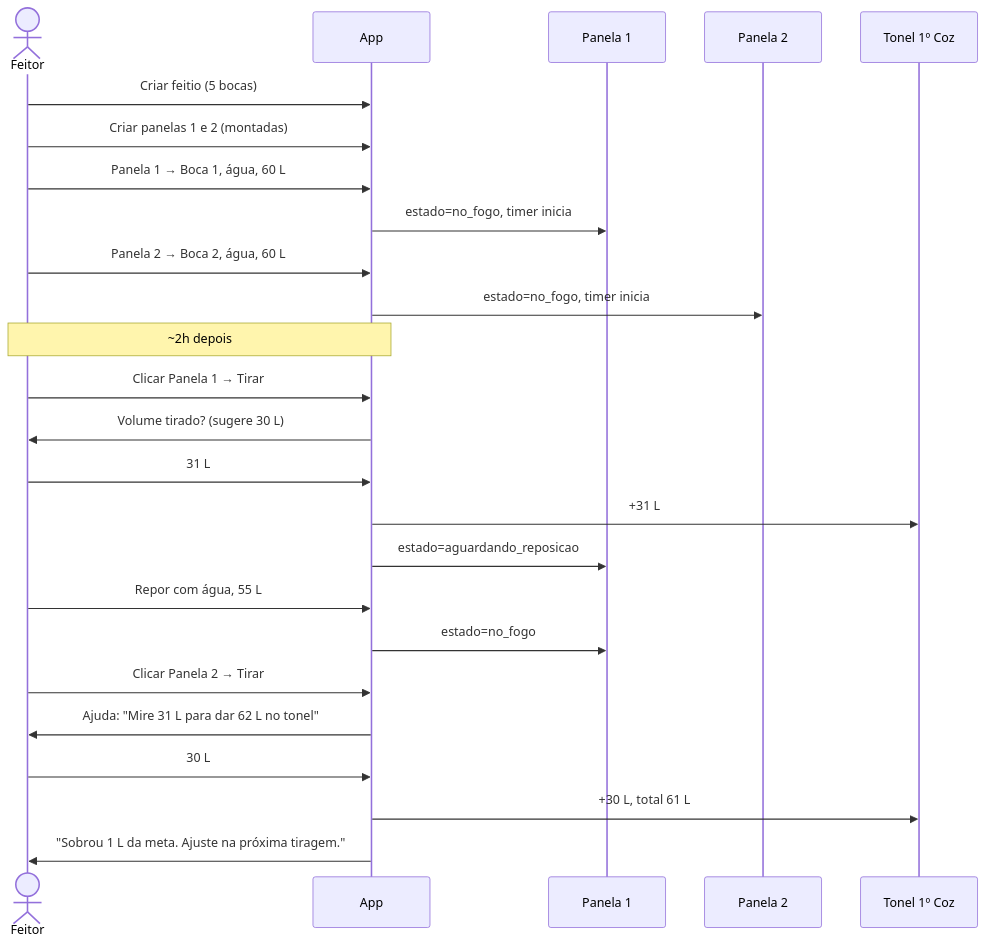
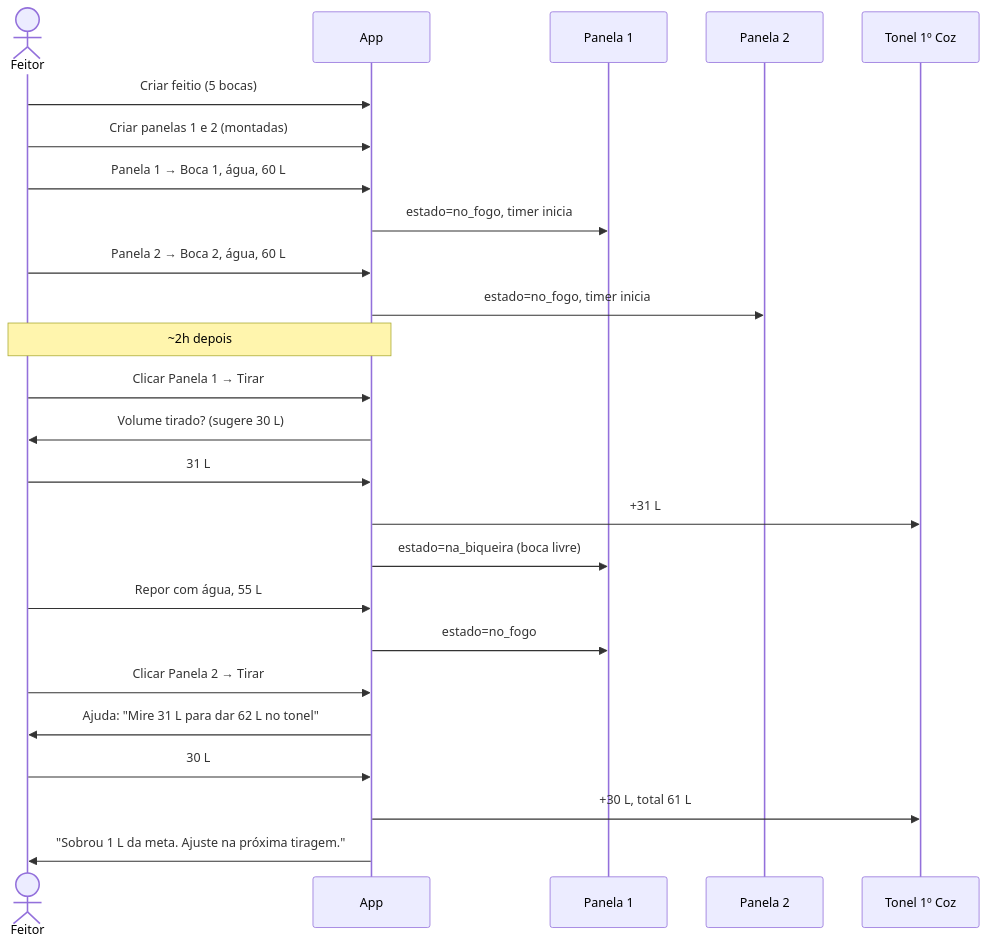
One commit to nitaibezerra/gestao-feitio changed the fourth of 6 diagrams in projeto/requisitos.md. Above: the diagram before and after it, drawn with Mermaid. The commit also changed other lines of this file and 3 other files, not shown here.

First line of the commit message:
docs: Fase 8 — biqueira e máquina de estado

````diff
--- a/projeto/requisitos.md
+++ b/projeto/requisitos.md
@@ -665,31 +668,31 @@
 ```mermaid
 sequenceDiagram
     actor F as Feitor
     participant App
     participant P1 as Panela 1
     participant P2 as Panela 2
     participant T1 as Tonel 1º Coz
 
     F->>App: Criar feitio (5 bocas)
     F->>App: Criar panelas 1 e 2 (montadas)
     F->>App: Panela 1 → Boca 1, água, 60 L
     App->>P1: estado=no_fogo, timer inicia
     F->>App: Panela 2 → Boca 2, água, 60 L
     App->>P2: estado=no_fogo, timer inicia
 
     Note over F,App: ~2h depois
 
     F->>App: Clicar Panela 1 → Tirar
     App->>F: Volume tirado? (sugere 30 L)
     F->>App: 31 L
     App->>T1: +31 L
-    App->>P1: estado=aguardando_reposicao
+    App->>P1: estado=na_biqueira (boca livre)
     F->>App: Repor com água, 55 L
     App->>P1: estado=no_fogo
 
     F->>App: Clicar Panela 2 → Tirar
     App->>F: Ajuda: "Mire 31 L para dar 62 L no tonel"
     F->>App: 30 L
     App->>T1: +30 L, total 61 L
     App->>F: "Sobrou 1 L da meta. Ajuste na próxima tiragem."
 ```
````
